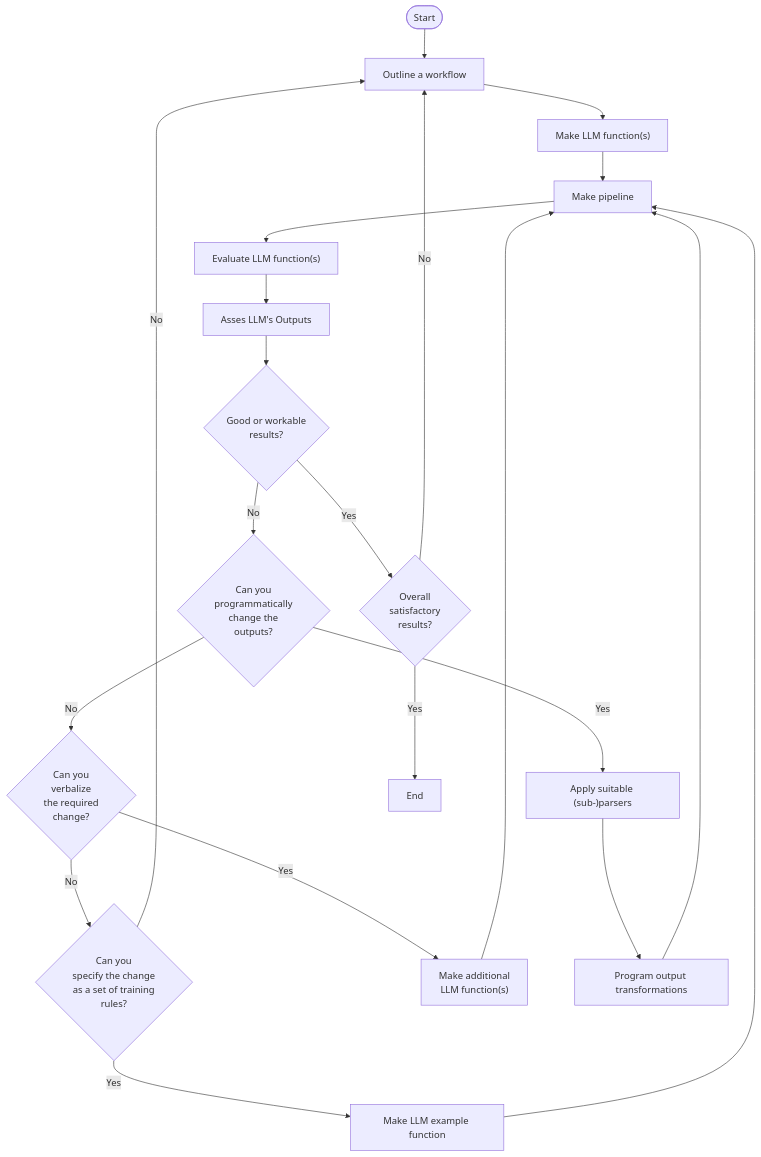
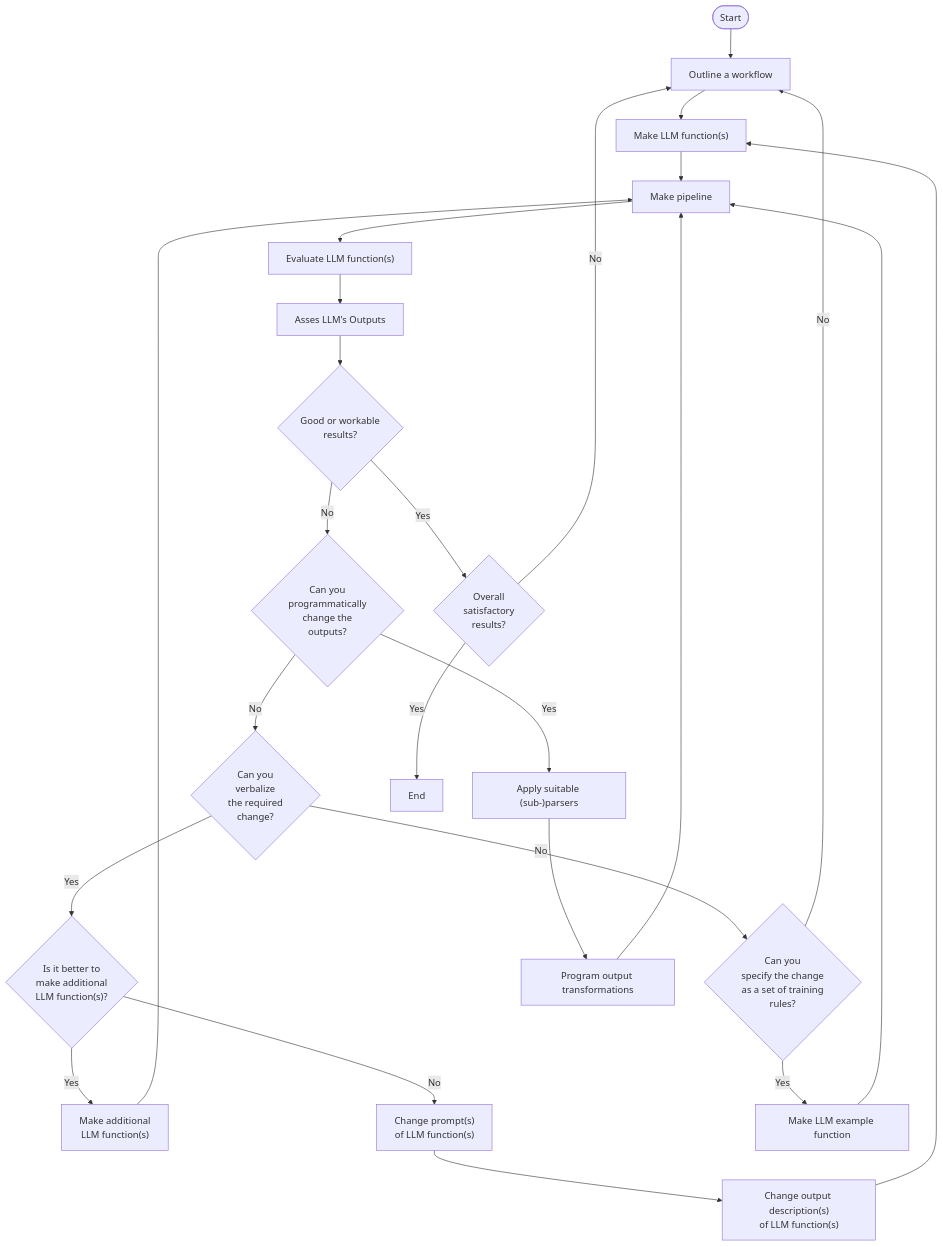
Before and after one commit to antononcube/Raku-LLM-Functions: the diagram in docs/Workflows-with-LLM-functions.md, drawn with Mermaid. The commit also changed other lines of this file, not shown here.

Commit message:
docs:Better flowchart.

````diff
--- a/docs/Workflows-with-LLM-functions.md
+++ b/docs/Workflows-with-LLM-functions.md
@@ -160,22 +160,26 @@
 ```mermaid
 graph TD
     A([Start]) --> HumanWorkflow[Outline a workflow] --> LLMFunc["Make LLM function(s)"]
     LLMFunc --> MakePipeline[Make pipeline]
     MakePipeline --> LLMEval["Evaluate LLM function(s)"]
     LLMEval --> HumanAsses[Asses LLM's Outputs]
     HumanAsses --> GoodLLM{Good or workable<br>results?}
     GoodLLM --> |No| CanProgram{Can you<br>programmatically<br>change the<br>outputs?}
     CanProgram --> |No| KnowVerb{Can you<br>verbalize<br>the required<br>change?}
     KnowVerb --> |No| KnowRule{Can you<br>specify the change<br>as a set of training<br>rules?}
-    KnowVerb --> |Yes| AddLLM["Make additional<br>LLM function(s)"]
+    KnowVerb --> |Yes| ShouldAddLLM{"Is it better to<br>make additional<br>LLM function(s)?"}
+    ShouldAddLLM --> |Yes| AddLLM["Make additional<br>LLM function(s)"]
     AddLLM --> MakePipeline
+    ShouldAddLLM --> |No| ChangePrompt["Change prompt(s)<br>of LLM function(s)"]
+    ChangePrompt --> ChangeOutputDescr["Change output description(s)<br>of LLM function(s)"]
+    ChangeOutputDescr --> LLMFunc
     CanProgram --> |Yes| ApplySubParser["Apply suitable (sub-)parsers"]
     ApplySubParser --> HumanMassageOutput[Program output transformations]
     HumanMassageOutput --> MakePipeline
     GoodLLM --> |Yes| OverallGood{Overall<br>satisfactory<br>results?}
     OverallGood --> |No| HumanWorkflow
     OverallGood --> |Yes| End
     KnowRule --> |Yes| LLMExamFunc[Make LLM example function]
     KnowRule --> |No| HumanWorkflow
     LLMExamFunc --> MakePipeline
 ```
````
